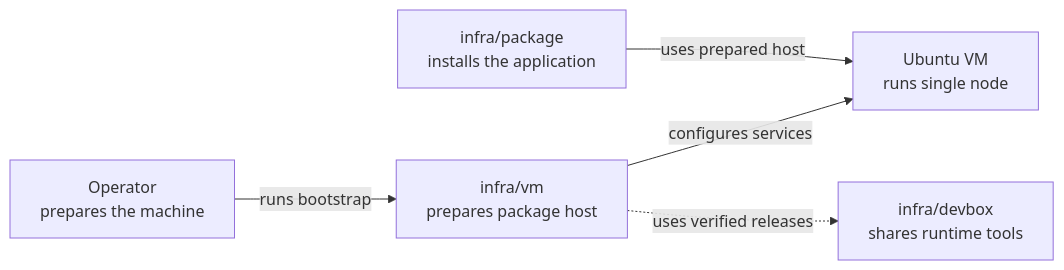
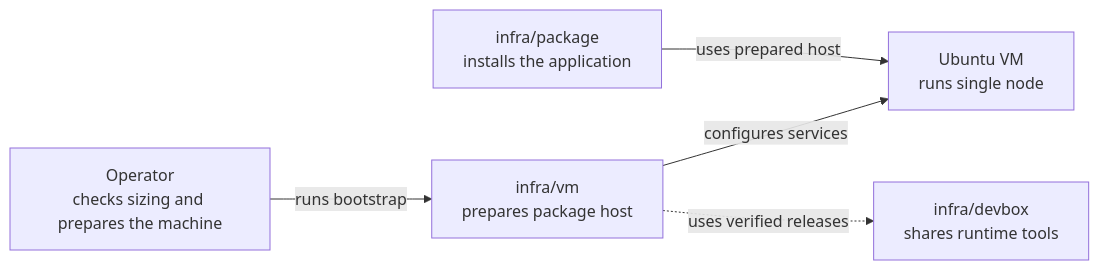
Before and after one commit to elewa-git/opencrane-new: the diagram in infra/vm/README.md, drawn with Mermaid. The commit also changed other lines of this file and 47 other files, not shown here.

````diff
--- a/infra/vm/README.md
+++ b/infra/vm/README.md
@@ -15,7 +15,7 @@
 ```mermaid
 flowchart LR
-  operator["Operator<br/>prepares the machine"] -->|runs bootstrap| vm["infra/vm<br/>prepares package host"]
+  operator["Operator<br/>checks sizing and prepares the machine"] -->|runs bootstrap| vm["infra/vm<br/>prepares package host"]
   vm -->|configures services| host["Ubuntu VM<br/>runs single node"]
   vm -.->|uses verified releases| tools["infra/devbox<br/>shares runtime tools"]
   package["infra/package<br/>installs the application"] -->|uses prepared host| host
 ```
````
